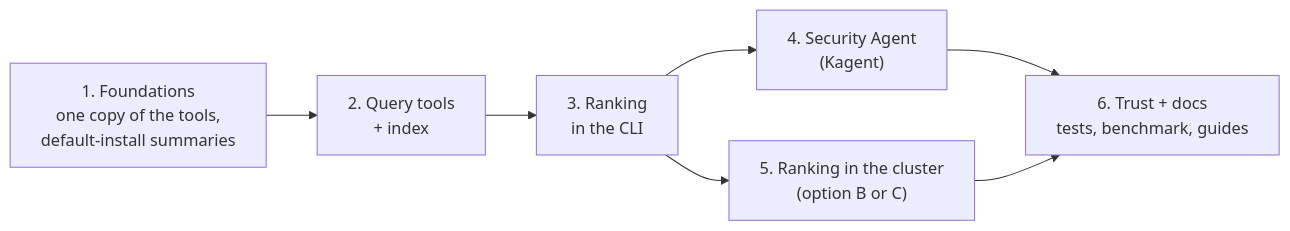
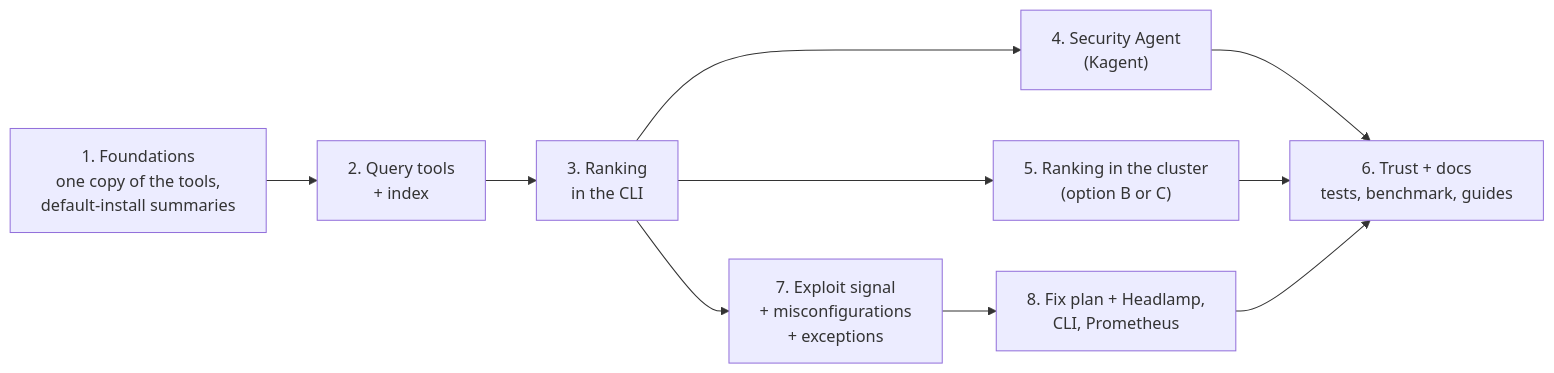
Before and after one commit to kubescape/designs-and-proposals: the ninth of 9 diagrams in proposals/fix-what-matters.md, drawn with Mermaid. The commit also changed other lines of this file, not shown here.

Commit message:
proposal: Fix What Matters: exploit signal, misconfigurations, exceptions, fix plan, Headlamp, CLI and Prometheus

````diff
--- a/proposals/fix-what-matters.md
+++ b/proposals/fix-what-matters.md
@@ -488,9 +606,12 @@
 ```mermaid
 flowchart LR
   P1["1. Foundations<br/>one copy of the tools,<br/>default-install summaries"] --> P2["2. Query tools<br/>+ index"]
   P2 --> P3["3. Ranking<br/>in the CLI"]
   P3 --> P4["4. Security Agent<br/>(Kagent)"]
   P3 --> P5["5. Ranking in the cluster<br/>(option B or C)"]
   P4 --> P6["6. Trust + docs<br/>tests, benchmark, guides"]
   P5 --> P6
+  P3 --> P7["7. Exploit signal<br/>+ misconfigurations<br/>+ exceptions"]
+  P7 --> P8["8. Fix plan + Headlamp,<br/>CLI, Prometheus"]
+  P8 --> P6
 ```
````
